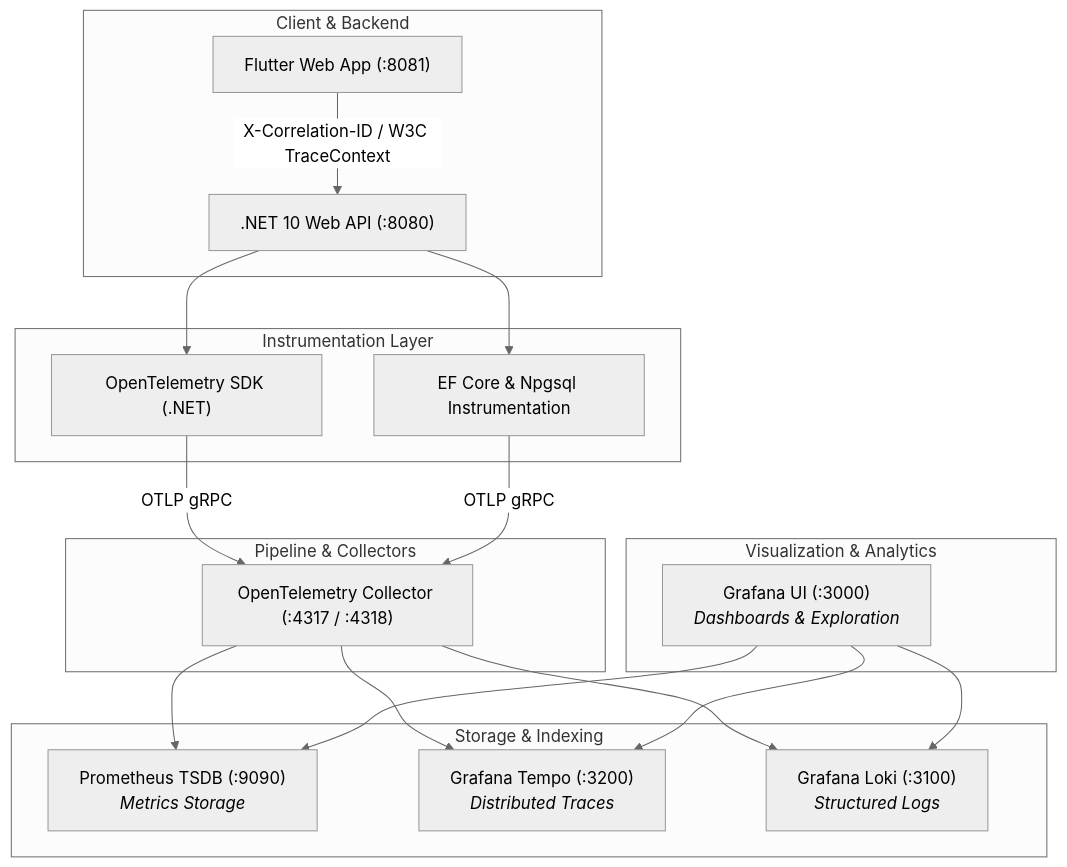
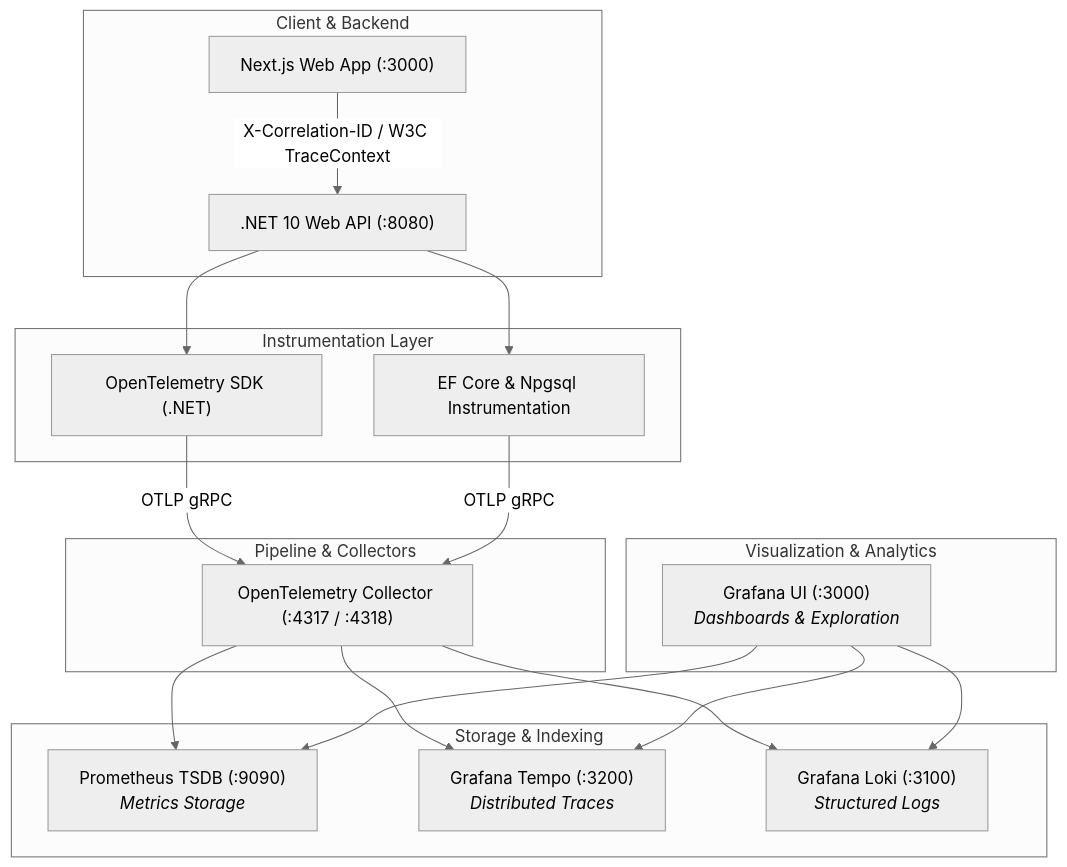
Before and after one commit to danielyudicarvalho/InOut: the diagram in docs/OBSERVABILITY_GUIDE.md, drawn with Mermaid (neutral theme). The commit also changed 154 other files, not shown here.

````diff
--- a/docs/OBSERVABILITY_GUIDE.md
+++ b/docs/OBSERVABILITY_GUIDE.md
@@ -9,38 +9,38 @@
 ```mermaid
 flowchart TD
     subgraph Client & Backend
-        Flutter["Flutter Web App (:8081)"]
+        Frontend["Next.js Web App (:3000)"]
         API[".NET 10 Web API (:8080)"]
     end
 
     subgraph Instrumentation Layer
         OTelSDK["OpenTelemetry SDK (.NET)"]
         EFCoreInst["EF Core & Npgsql Instrumentation"]
     end
 
     subgraph Pipeline & Collectors
         Collector["OpenTelemetry Collector (:4317 / :4318)"]
     end
 
     subgraph Storage & Indexing
         Prometheus["Prometheus TSDB (:9090)<br/><i>Metrics Storage</i>"]
         Tempo["Grafana Tempo (:3200)<br/><i>Distributed Traces</i>"]
         Loki["Grafana Loki (:3100)<br/><i>Structured Logs</i>"]
     end
 
     subgraph Visualization & Analytics
         Grafana["Grafana UI (:3000)<br/><i>Dashboards & Exploration</i>"]
     end
 
-    Flutter -->|"X-Correlation-ID / W3C TraceContext"| API
+    Frontend -->|"X-Correlation-ID / W3C TraceContext"| API
     API --> OTelSDK
     API --> EFCoreInst
     OTelSDK -->|"OTLP gRPC"| Collector
     EFCoreInst -->|"OTLP gRPC"| Collector
     Collector --> Prometheus
     Collector --> Tempo
     Collector --> Loki
     Grafana --> Prometheus
     Grafana --> Tempo
     Grafana --> Loki
 ```
````
